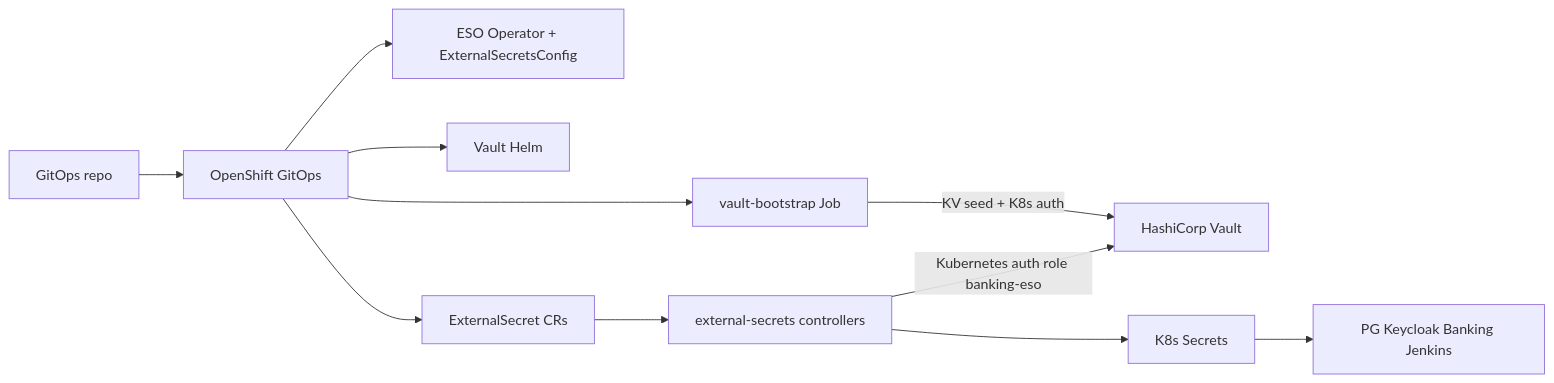
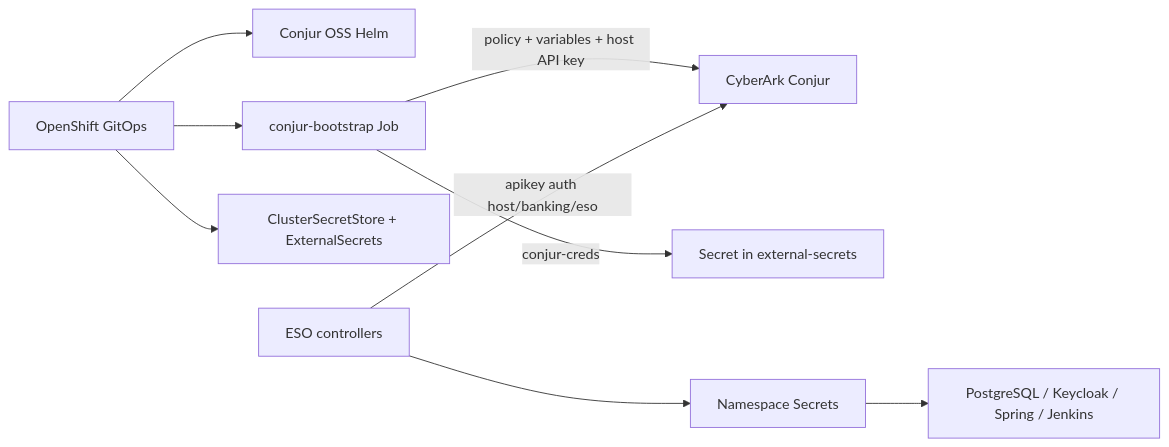
One commit to panchoraposo/demo-spring changed the diagram in docs/secrets-management.md. Above: the diagram before and after it, drawn with Mermaid. The commit also changed other lines of this file and 36 other files, not shown here.

First line of the commit message:
Replace HashiCorp Vault with CyberArk Conjur for secrets.

````diff
--- a/docs/secrets-management.md
+++ b/docs/secrets-management.md
@@ -7,13 +7,11 @@
 ```mermaid
 flowchart LR
-  Git[GitOps repo] --> Argo[OpenShift GitOps]
-  Argo --> ESOOp[ESO Operator + ExternalSecretsConfig]
-  Argo --> VaultHelm[Vault Helm]
-  Argo --> Boot[vault-bootstrap Job]
-  Argo --> ES[ExternalSecret CRs]
-  Boot -->|KV seed + K8s auth| Vault[HashiCorp Vault]
-  ES --> ESO[external-secrets controllers]
-  ESO -->|Kubernetes auth role banking-eso| Vault
-  ESO --> Secrets[K8s Secrets]
-  Secrets --> Workloads[PG Keycloak Banking Jenkins]
+  Argo[OpenShift GitOps] --> ConjurHelm[Conjur OSS Helm]
+  Argo --> Boot[conjur-bootstrap Job]
+  Argo --> ESOCfg[ClusterSecretStore + ExternalSecrets]
+  Boot -->|policy + variables + host API key| Conjur[CyberArk Conjur]
+  Boot -->|conjur-creds| ESOCreds[Secret in external-secrets]
+  ESO[ESO controllers] -->|apikey auth host/banking/eso| Conjur
+  ESO --> K8sSecrets[Namespace Secrets]
+  K8sSecrets --> Apps[PostgreSQL / Keycloak / Spring / Jenkins]
 ```
````
